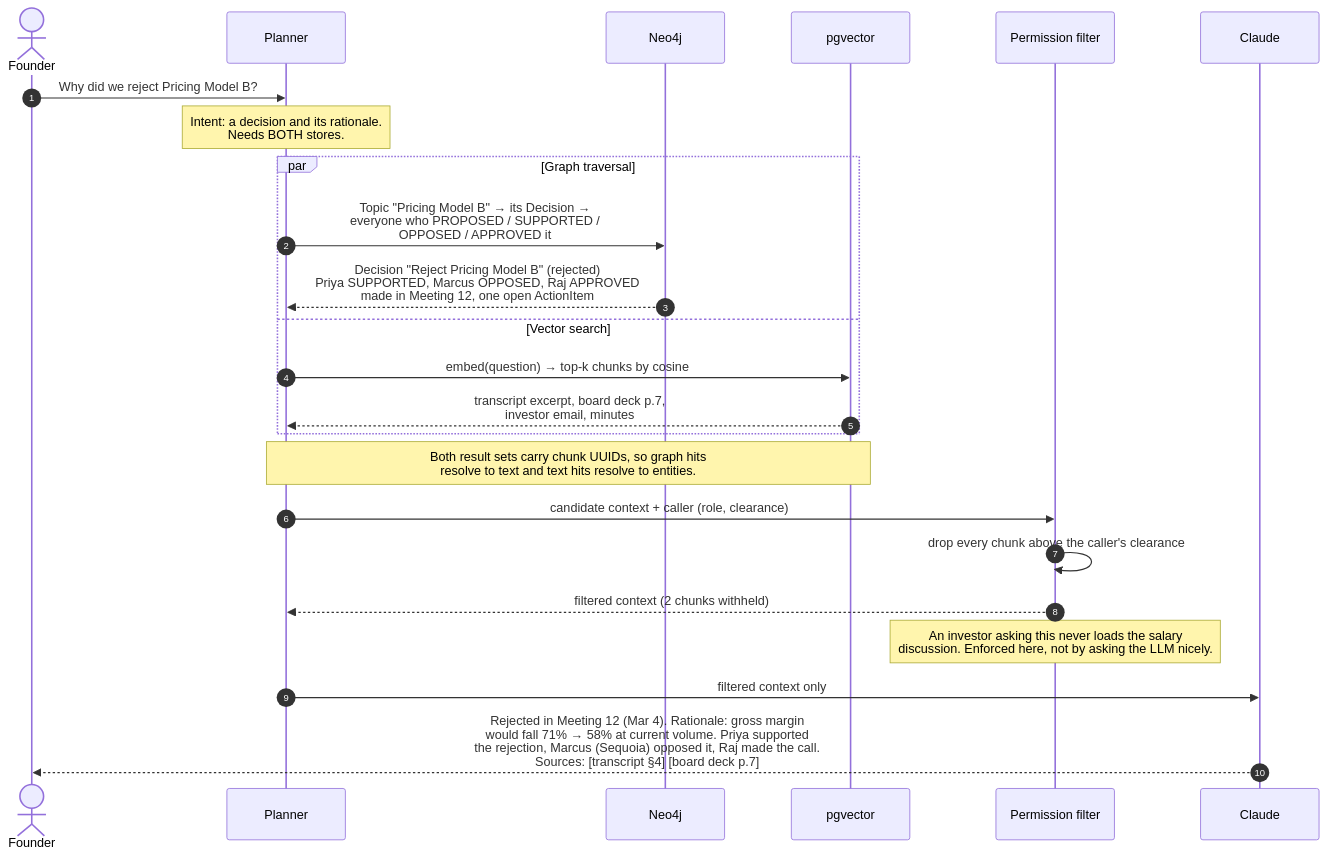
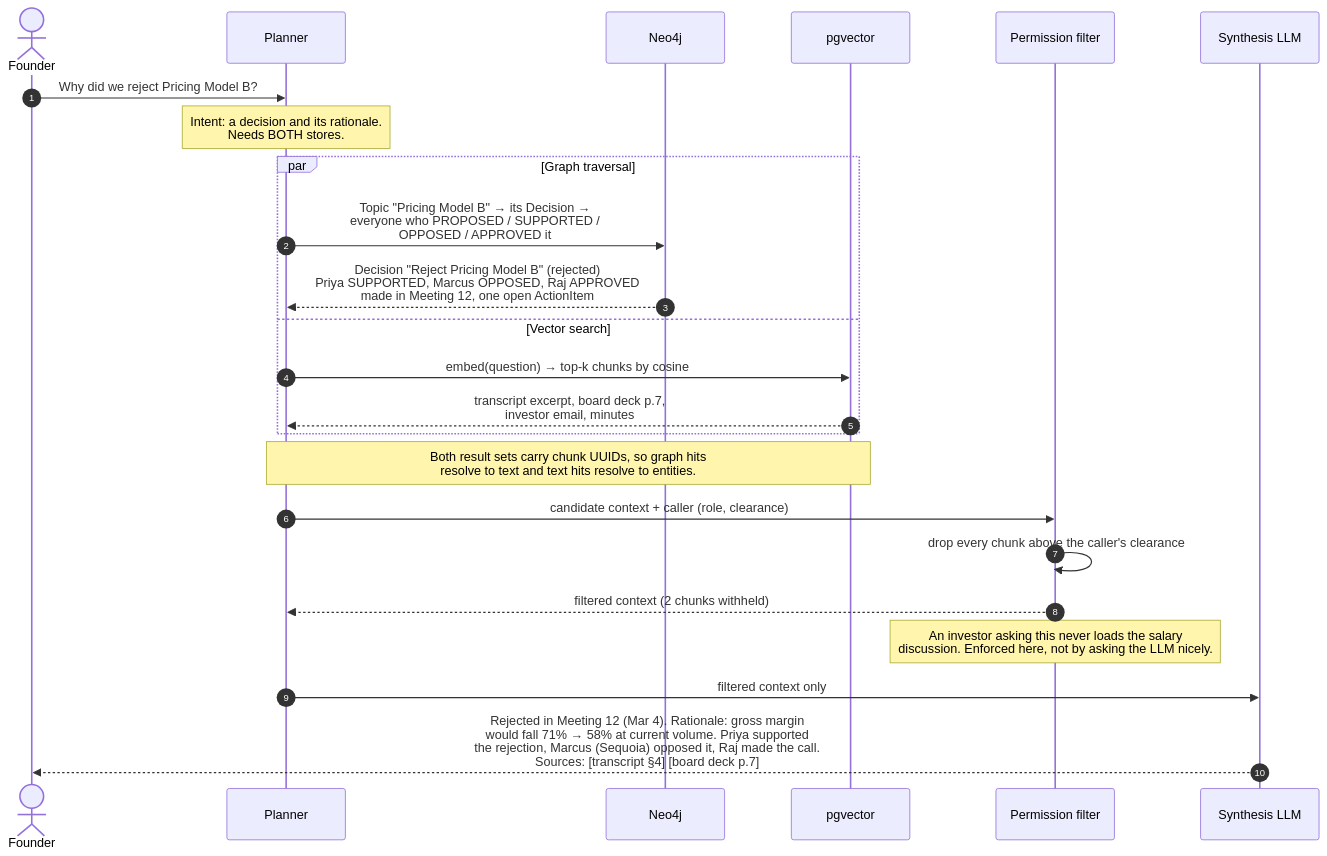
One commit to Cloverag/callosum changed the second of 3 diagrams in docs/architecture.md. Above: the diagram before and after it, drawn with Mermaid. The commit also changed other lines of this file, not shown here.

First line of the commit message:
docs(architecture): name the real extraction model, not an aspirational one

````diff
--- a/docs/architecture.md
+++ b/docs/architecture.md
@@ -74,32 +83,32 @@
 ```mermaid
 sequenceDiagram
     autonumber
     actor F as Founder
     participant P as Planner
     participant G as Neo4j
     participant V as pgvector
     participant A as Permission filter
-    participant L as Claude
+    participant L as Synthesis LLM
 
     F->>P: Why did we reject Pricing Model B?
     Note over P: Intent: a decision and its rationale.<br/>Needs BOTH stores.
 
     par Graph traversal
         P->>G: Topic "Pricing Model B" → its Decision →<br/>everyone who PROPOSED / SUPPORTED /<br/>OPPOSED / APPROVED it
         G-->>P: Decision "Reject Pricing Model B" (rejected)<br/>Priya SUPPORTED, Marcus OPPOSED, Raj APPROVED<br/>made in Meeting 12, one open ActionItem
     and Vector search
         P->>V: embed(question) → top-k chunks by cosine
         V-->>P: transcript excerpt, board deck p.7,<br/>investor email, minutes
     end
 
     Note over P,V: Both result sets carry chunk UUIDs, so graph hits<br/>resolve to text and text hits resolve to entities.
 
     P->>A: candidate context + caller (role, clearance)
     A->>A: drop every chunk above the caller's clearance
     A-->>P: filtered context (2 chunks withheld)
 
     Note over A: An investor asking this never loads the salary<br/>discussion. Enforced here, not by asking the LLM nicely.
 
     P->>L: filtered context only
     L-->>F: Rejected in Meeting 12 (Mar 4). Rationale: gross margin<br/>would fall 71% → 58% at current volume. Priya supported<br/>the rejection, Marcus (Sequoia) opposed it, Raj made the call.<br/>Sources: [transcript §4] [board deck p.7]
 ```
````
